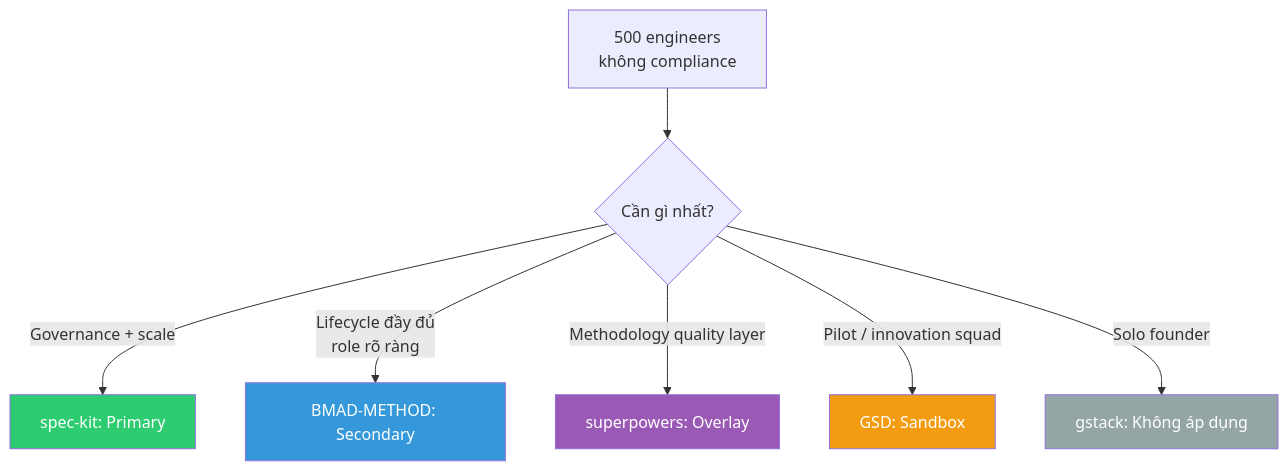
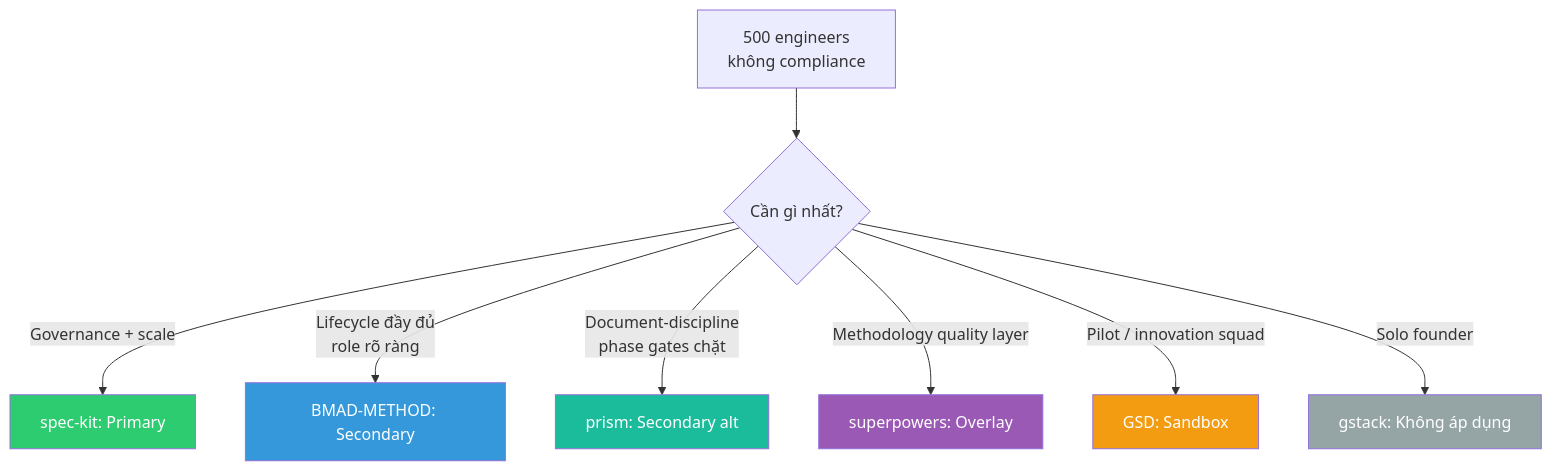
Before and after one commit to miendinh/vibecode-frame-compare: the first of 11 diagrams in README.md, drawn with Mermaid. The commit also changed other lines of this file, not shown here.

````diff
--- a/README.md
+++ b/README.md
@@ -48,15 +49,17 @@
 ```mermaid
 flowchart TD
     A["500 engineers<br/>không compliance"] --> B{"Cần gì nhất?"}
     B -->|"Governance + scale"| C["spec-kit: Primary"]
     B -->|"Lifecycle đầy đủ<br/>role rõ ràng"| D["BMAD-METHOD: Secondary"]
+    B -->|"Document-discipline<br/>phase gates chặt"| H["prism: Secondary alt"]
     B -->|"Methodology quality layer"| E["superpowers: Overlay"]
     B -->|"Pilot / innovation squad"| F["GSD: Sandbox"]
     B -->|"Solo founder"| G["gstack: Không áp dụng"]
 
     style C fill:#2ecc71,color:#fff
     style D fill:#3498db,color:#fff
+    style H fill:#1abc9c,color:#fff
     style E fill:#9b59b6,color:#fff
     style F fill:#f39c12,color:#fff
     style G fill:#95a5a6,color:#fff
 ```
````
